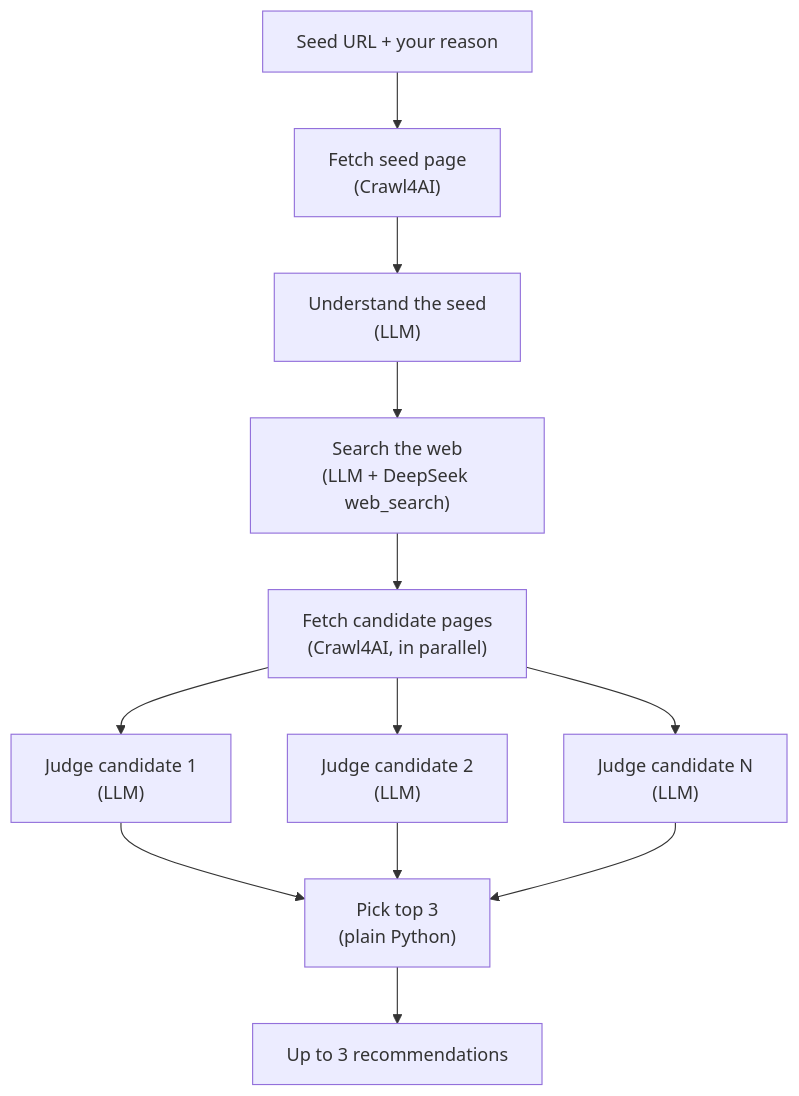
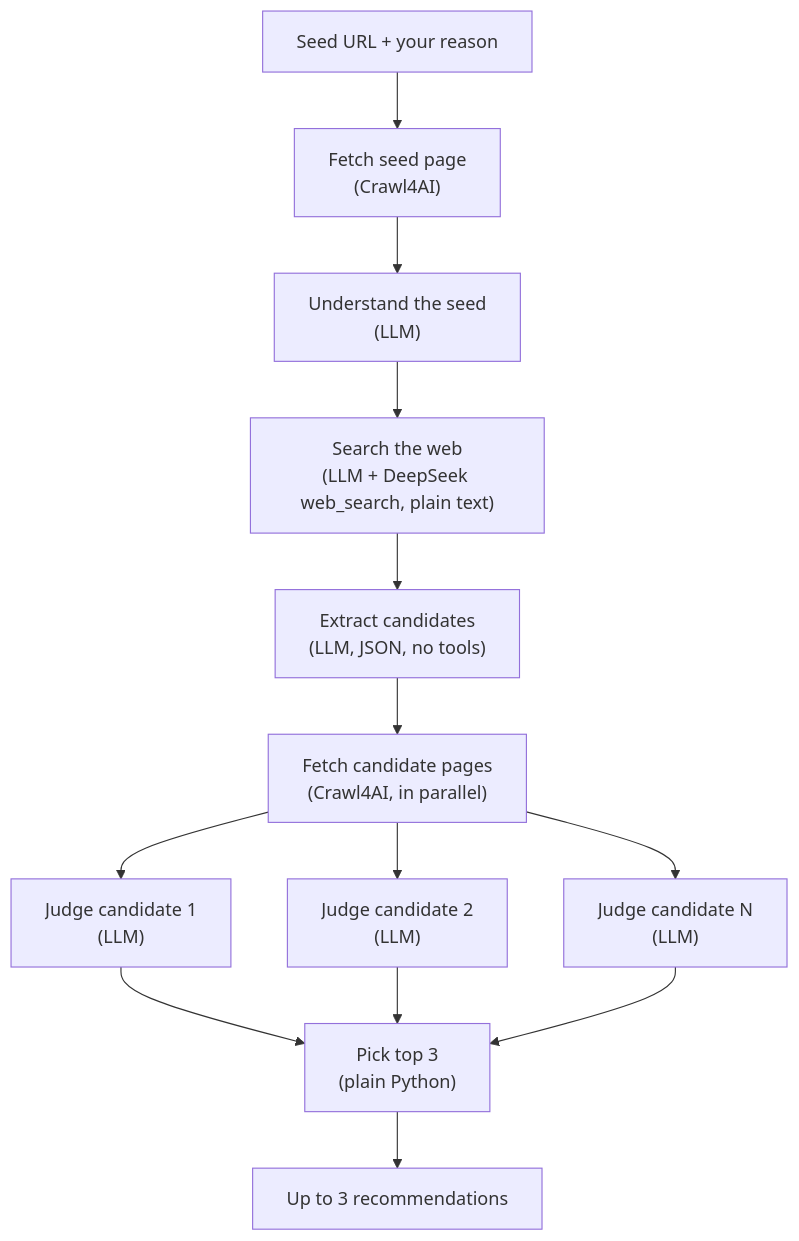
One commit to jairamshegde/bookmark-recommender-flow-observability changed the diagram in README.md. Above: the diagram before and after it, drawn with Mermaid. The commit also changed other lines of this file, not shown here.

````diff
--- a/README.md
+++ b/README.md
@@ -21,14 +21,15 @@
 ```mermaid
 flowchart TD
     A["Seed URL + your reason"] --> B["Fetch seed page<br/>(Crawl4AI)"]
     B --> C["Understand the seed<br/>(LLM)"]
-    C --> D["Search the web<br/>(LLM + DeepSeek web_search)"]
-    D --> E["Fetch candidate pages<br/>(Crawl4AI, in parallel)"]
+    C --> D["Search the web<br/>(LLM + DeepSeek web_search, plain text)"]
+    D --> X["Extract candidates<br/>(LLM, JSON, no tools)"]
+    X --> E["Fetch candidate pages<br/>(Crawl4AI, in parallel)"]
     E --> J1["Judge candidate 1<br/>(LLM)"]
     E --> J2["Judge candidate 2<br/>(LLM)"]
     E --> JN["Judge candidate N<br/>(LLM)"]
     J1 --> F["Pick top 3<br/>(plain Python)"]
     J2 --> F
     JN --> F
     F --> G["Up to 3 recommendations"]
 ```
````
